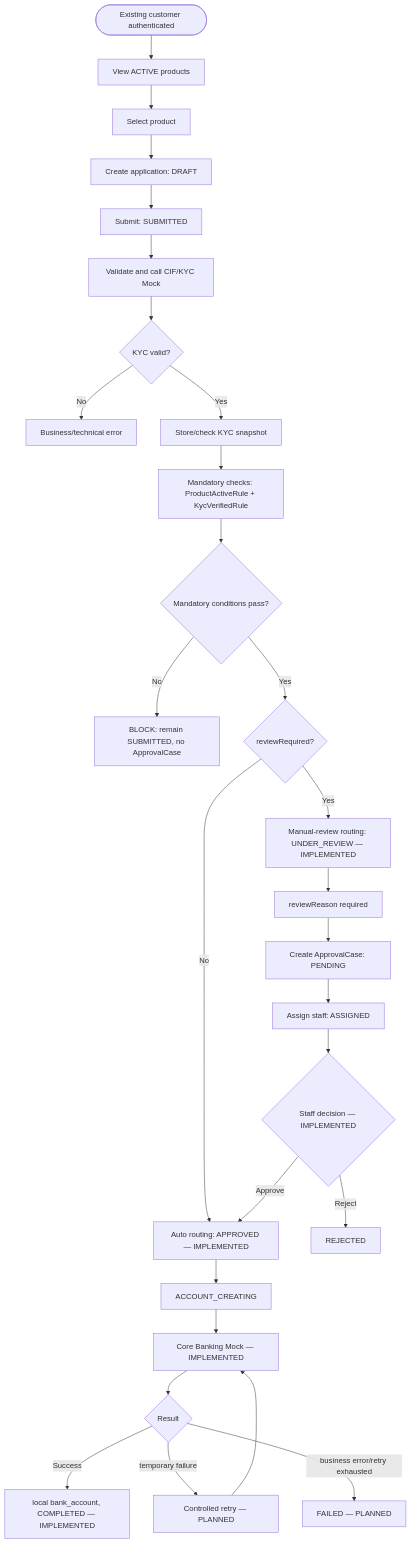
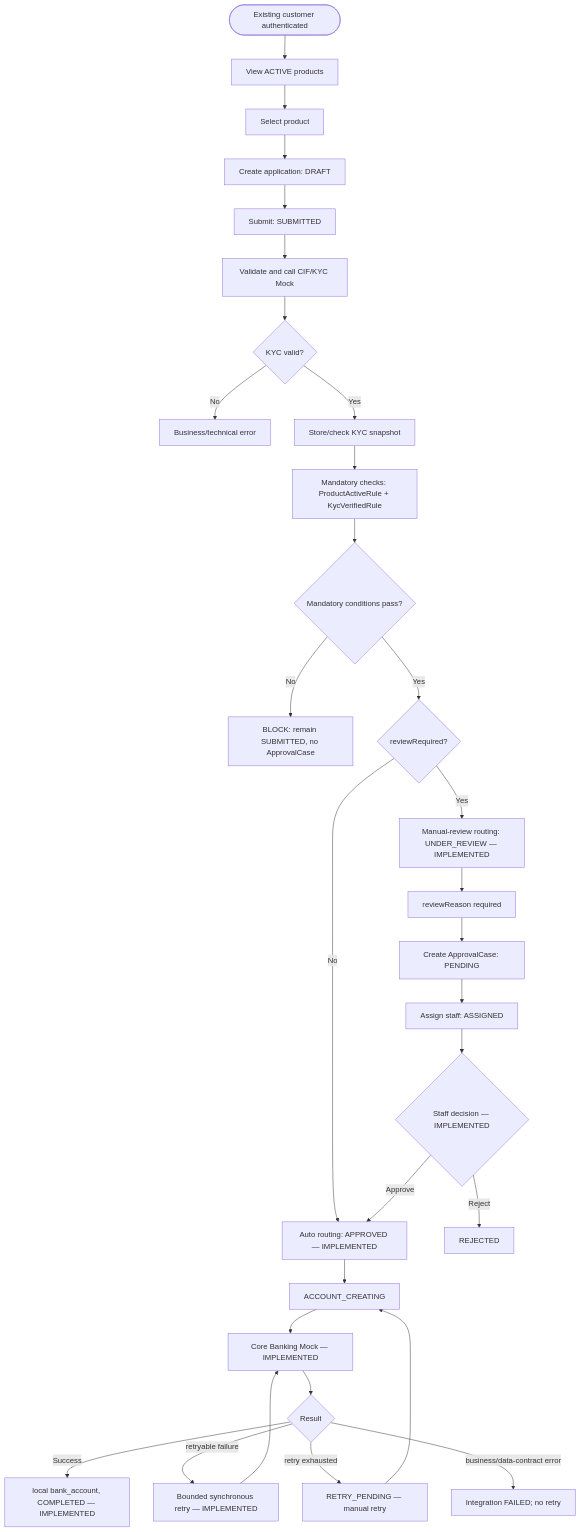
The first of 2 diagrams in docs/workflow-design.md (Mikokoomi/digital-account-opening), drawn with Mermaid before and after one commit. The commit also changed other lines of this file and 31 other files, not shown here.

````diff
--- a/docs/workflow-design.md
+++ b/docs/workflow-design.md
@@ -9,30 +9,32 @@
 ```mermaid
 flowchart TD
     A([Existing customer authenticated]) --> B[View ACTIVE products]
     B --> C[Select product]
     C --> D[Create application: DRAFT]
     D --> E[Submit: SUBMITTED]
     E --> F[Validate and call CIF/KYC Mock]
     F --> G{KYC valid?}
     G -- No --> X[Business/technical error]
     G -- Yes --> H[Store/check KYC snapshot]
     H --> J[Mandatory checks: ProductActiveRule + KycVerifiedRule]
     J --> K{Mandatory conditions pass?}
     K -- No --> X1[BLOCK: remain SUBMITTED, no ApprovalCase]
     K -- Yes --> RQ{reviewRequired?}
     RQ -- No --> L[Auto routing: APPROVED — IMPLEMENTED]
     RQ -- Yes --> M[Manual-review routing: UNDER_REVIEW — IMPLEMENTED]
     M --> N1[reviewReason required]
     N1 --> C1[Create ApprovalCase: PENDING]
     C1 --> C2[Assign staff: ASSIGNED]
     C2 --> O{Staff decision — IMPLEMENTED}
     O -- Approve --> L
     O -- Reject --> N[REJECTED]
     L --> AC[ACCOUNT_CREATING]
     AC --> P[Core Banking Mock — IMPLEMENTED]
     P --> Q{Result}
     Q -- Success --> R[local bank_account, COMPLETED — IMPLEMENTED]
-    Q -- temporary failure --> S[Controlled retry — PLANNED]
+    Q -- retryable failure --> S[Bounded synchronous retry — IMPLEMENTED]
     S --> P
-    Q -- business error/retry exhausted --> T[FAILED — PLANNED]
+    Q -- retry exhausted --> T[RETRY_PENDING — manual retry]
+    T --> AC
+    Q -- business/data-contract error --> U[Integration FAILED; no retry]
 ```
````
